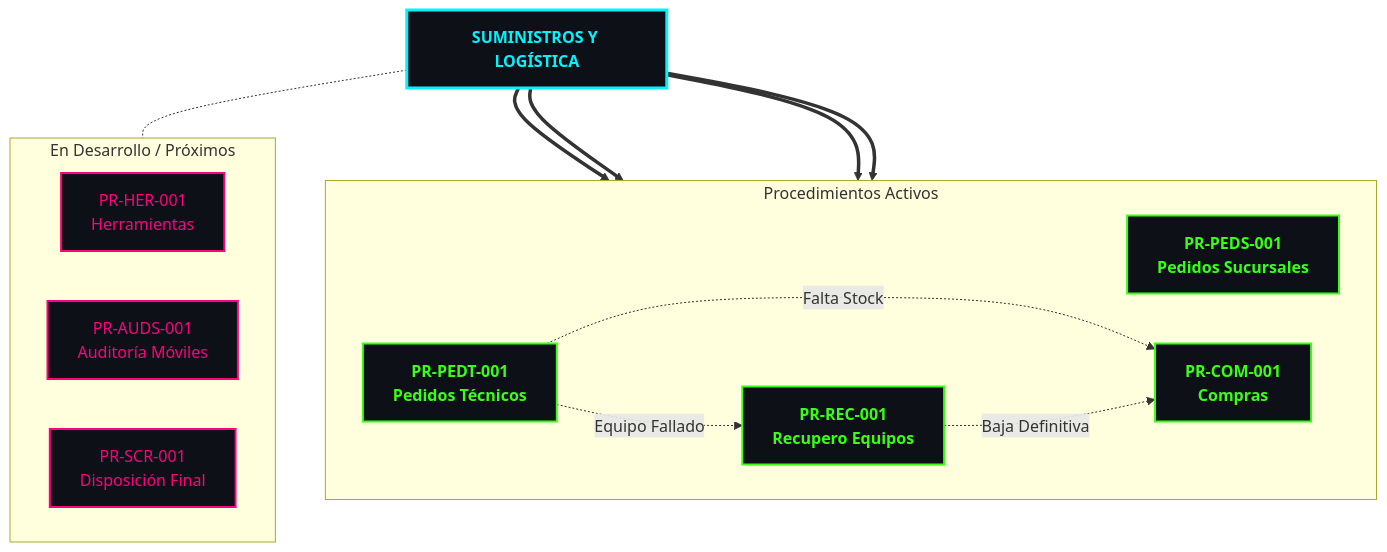
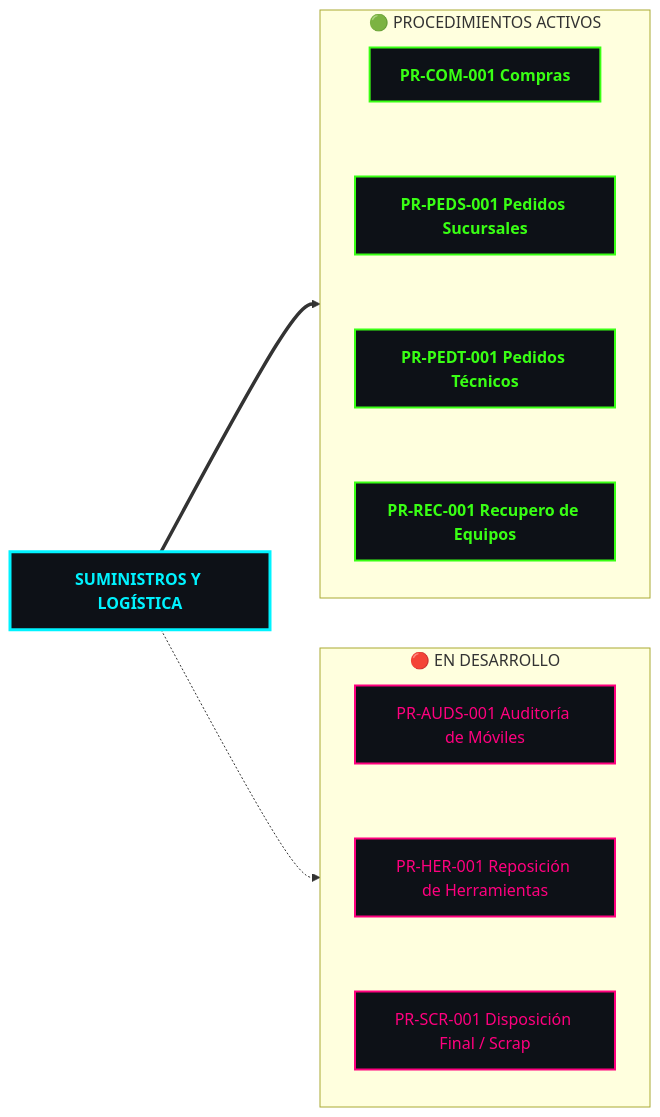
Before and after one commit to elingenierok/procedimientos-isp: the diagram in docs/index.md, drawn with Mermaid. The commit also changed other lines of this file, not shown here.

Commit message:
Refactor flowchart layout and spacing in index.md
Updated the flowchart layout and adjusted node spacing in the documentation.

```diff
--- a/docs/index.md
+++ b/docs/index.md
@@ -5,48 +5,44 @@
 <div class="mermaid">
-graph TD
+graph LR
     %% Estilos Neón / Fondo Oscuro
     classDef area fill:#0d1117,stroke:#00f3ff,stroke-width:3px,color:#00f3ff,font-weight:bold;
     classDef activo fill:#0d1117,stroke:#39ff14,stroke-width:2px,color:#39ff14,font-weight:bold;
     classDef desarrollo fill:#0d1117,stroke:#ff007f,stroke-width:2px,color:#ff007f;
 
-    %% Nivel 1: Área Principal
+    %% Nodo Raíz (Izquierda)
     SL[<b>SUMINISTROS Y LOGÍSTICA</b>]:::area
 
-    %% Nivel 2: Procedimientos VIGENTES (Alineación Horizontal)
-    subgraph VIGENTES ["Procedimientos Activos"]
-        direction LR
-        PEDS[PR-PEDS-001<br>Pedidos Sucursales]:::activo
-        PEDT[PR-PEDT-001<br>Pedidos Técnicos]:::activo
-        REC[PR-REC-001<br>Recupero Equipos]:::activo
-        COM[PR-COM-001<br>Compras]:::activo
+    %% Columna 1: Procedimientos Activos
+    subgraph ACT ["🟢 PROCEDIMIENTOS ACTIVOS"]
+        direction TB
+        COM[PR-COM-001 Compras]:::activo
+        PEDS[PR-PEDS-001 Pedidos Sucursales]:::activo
+        PEDT[PR-PEDT-001 Pedidos Técnicos]:::activo
+        REC[PR-REC-001 Recupero de Equipos]:::activo
+
+        COM ~~~ PEDS ~~~ PEDT ~~~ REC
     end
 
-    %% Nivel 3: Procedimientos EN DESARROLLO
-    subgraph FUTUROS ["En Desarrollo / Próximos"]
-        direction LR
-        HER[PR-HER-001<br>Herramientas]:::desarrollo
-        AUDS[PR-AUDS-001<br>Auditoría Móviles]:::desarrollo
-        SCR[PR-SCR-001<br>Disposición Final]:::desarrollo
+    %% Columna 2: Procedimientos En Desarrollo
+    subgraph DES ["🔴 EN DESARROLLO"]
+        direction TB
+        AUDS[PR-AUDS-001 Auditoría de Móviles]:::desarrollo
+        HER[PR-HER-001 Reposición de Herramientas]:::desarrollo
+        SCR[PR-SCR-001 Disposición Final / Scrap]:::desarrollo
+
+        AUDS ~~~ HER ~~~ SCR
     end
 
-    %% Jerarquía Principal (Conexiones de Cabecera)
-    SL ==> PEDS
-    SL ==> PEDT
-    SL ==> REC
-    SL ==> COM
-    SL -.- FUTUROS
+    %% Conexiones Principales (Distribución Horizontal)
+    SL ==> ACT
+    SL -.-> DES
 
-    %% Interconexiones Operativas entre Procesos
-    PEDT -.->|Falta Stock| COM
-    PEDT -.->|Equipo Fallado| REC
-    REC -.->|Baja Definitiva| COM
-
-    %% Hipervínculos a Archivos
+    %% Links de Navegación
+    click COM "suministros-logistica/PR-COM-001/"
     click PEDS "suministros-logistica/PR-PEDS-001/"
     click PEDT "suministros-logistica/PR-PEDT-001/"
     click REC "suministros-logistica/PR-REC-001/"
-    click COM "suministros-logistica/PR-COM-001/"
+    click AUDS "suministros-logistica/PR-AUDS-001/"
     click HER "suministros-logistica/PR-HER-001/"
-    click AUDS "suministros-logistica/PR-AUDS-001/"
     click SCR "suministros-logistica/PR-SCR-001/"
 </div>
```
